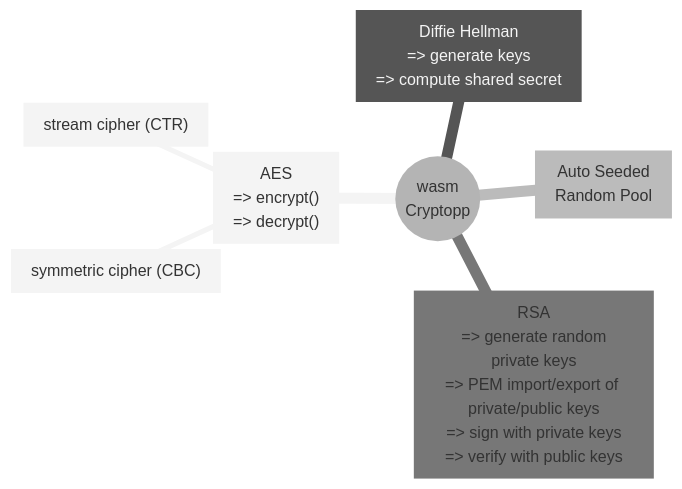
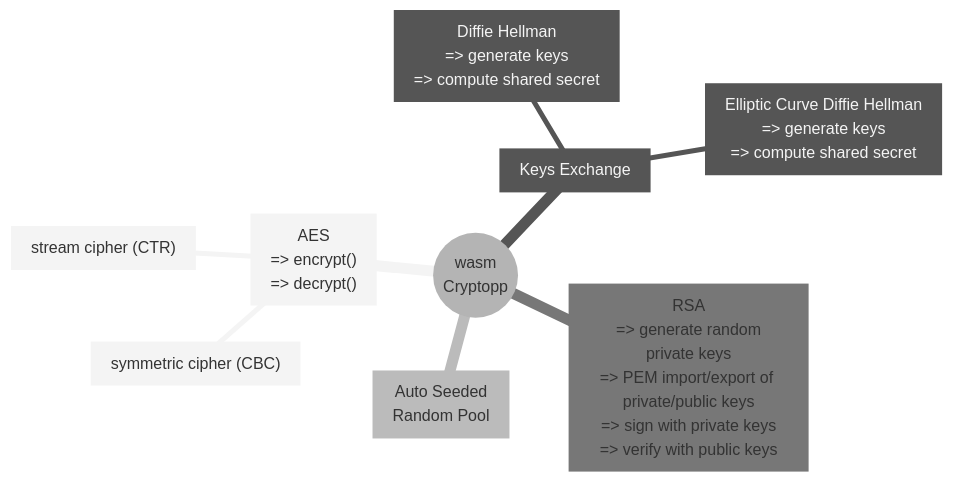
Before and after one commit to GuillaumeBouchetEpitech/wasm-cryptopp-as-module: the first of 2 diagrams in README.md, drawn with Mermaid (neutral theme). The commit also changed other lines of this file and 6 other files, not shown here.

````diff
--- a/README.md
+++ b/README.md
@@ -40,12 +40,14 @@
 ```mermaid
 
 mindmap
   cloud((wasm<br>Cryptopp))
     ["AES<br>=#62; encrypt()<br>=#62; decrypt()"]
       ["symmetric cipher (CBC)"]
       ["stream cipher (CTR)"]
-    ["Diffie Hellman<br>=#62; generate keys<br>=#62; compute shared secret"]
+    ["Keys Exchange"]
+      ["Diffie Hellman<br>=#62; generate keys<br>=#62; compute shared secret"]
+      ["Elliptic Curve Diffie Hellman<br>=#62; generate keys<br>=#62; compute shared secret"]
     ["Auto Seeded<br>Random Pool"]
     ["RSA<br>=#62; generate random<br>private keys<br>=#62; PEM import/export of private/public keys<br>=#62; sign with private keys<br>=#62; verify with public keys"]
 
 ```
````
